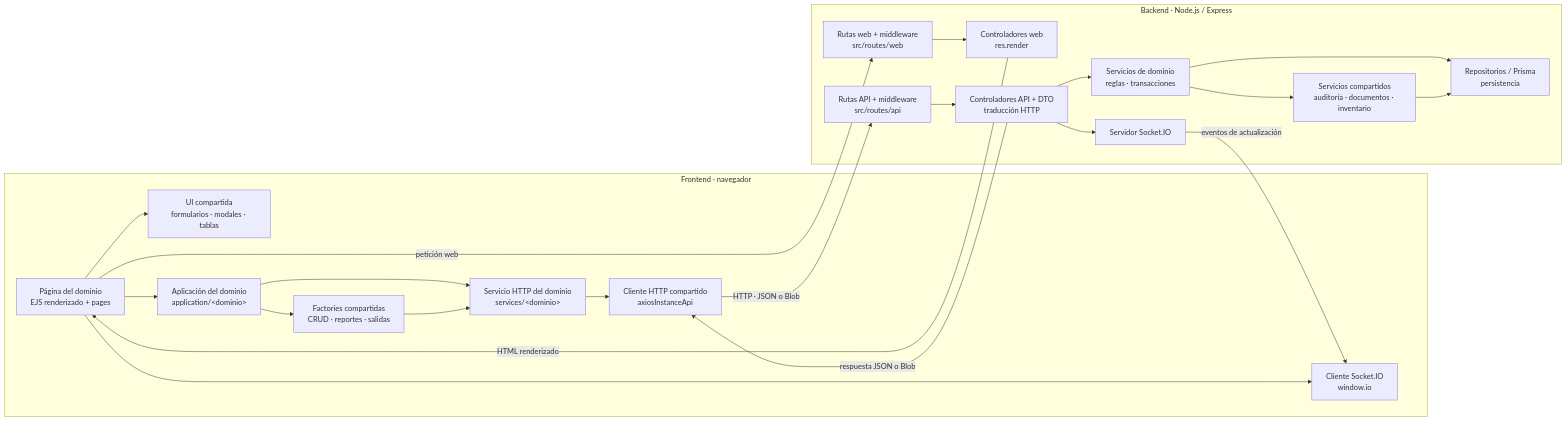
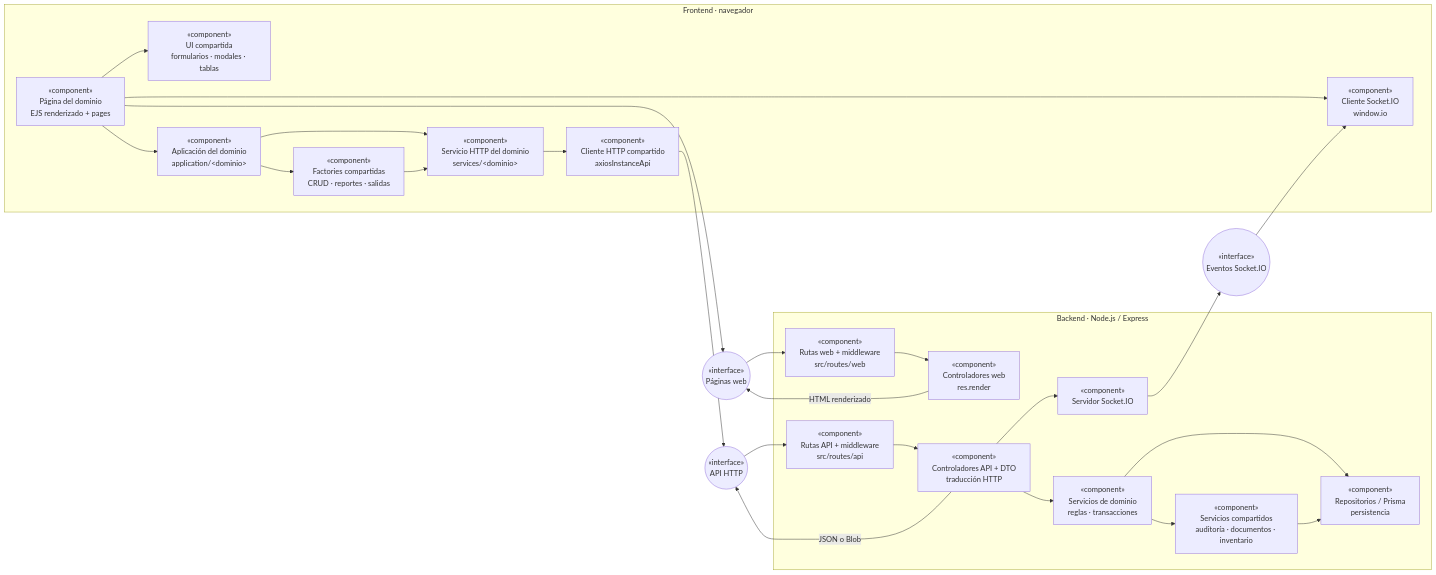
One commit to gpgsistemas01/nexus changed the first of 2 diagrams in docs/architecture/views/logical/01-components-and-reuse.md. Above: the diagram before and after it, drawn with Mermaid. The commit also changed other lines of this file and 2 other files, not shown here.

````diff
--- a/docs/architecture/views/logical/01-components-and-reuse.md
+++ b/docs/architecture/views/logical/01-components-and-reuse.md
@@ -16,45 +17,49 @@
 ```mermaid
 flowchart LR
     subgraph browser["Frontend · navegador"]
-        page["Página del dominio<br/>EJS renderizado + pages"]
-        ui["UI compartida<br/>formularios · modales · tablas"]
-        app["Aplicación del dominio<br/>application/&lt;dominio&gt;"]
-        factories["Factories compartidas<br/>CRUD · reportes · salidas"]
-        request["Servicio HTTP del dominio<br/>services/&lt;dominio&gt;"]
-        http["Cliente HTTP compartido<br/>axiosInstanceApi"]
-        socketClient["Cliente Socket.IO<br/>window.io"]
+        page["«component»<br/>Página del dominio<br/>EJS renderizado + pages"]
+        ui["«component»<br/>UI compartida<br/>formularios · modales · tablas"]
+        app["«component»<br/>Aplicación del dominio<br/>application/&lt;dominio&gt;"]
+        factories["«component»<br/>Factories compartidas<br/>CRUD · reportes · salidas"]
+        request["«component»<br/>Servicio HTTP del dominio<br/>services/&lt;dominio&gt;"]
+        http["«component»<br/>Cliente HTTP compartido<br/>axiosInstanceApi"]
+        socketClient["«component»<br/>Cliente Socket.IO<br/>window.io"]
 
         page --> ui
         page --> app
         app --> factories
         app --> request
         factories --> request
         request --> http
         page --> socketClient
     end
 
     subgraph server["Backend · Node.js / Express"]
-        webRoutes["Rutas web + middleware<br/>src/routes/web"]
-        webControllers["Controladores web<br/>res.render"]
-        apiRoutes["Rutas API + middleware<br/>src/routes/api"]
-        apiControllers["Controladores API + DTO<br/>traducción HTTP"]
-        services["Servicios de dominio<br/>reglas · transacciones"]
-        shared["Servicios compartidos<br/>auditoría · documentos · inventario"]
-        realtime["Servidor Socket.IO"]
-        repository["Repositorios / Prisma<br/>persistencia"]
+        webRoutes["«component»<br/>Rutas web + middleware<br/>src/routes/web"]
+        webControllers["«component»<br/>Controladores web<br/>res.render"]
+        apiRoutes["«component»<br/>Rutas API + middleware<br/>src/routes/api"]
+        apiControllers["«component»<br/>Controladores API + DTO<br/>traducción HTTP"]
+        services["«component»<br/>Servicios de dominio<br/>reglas · transacciones"]
+        shared["«component»<br/>Servicios compartidos<br/>auditoría · documentos · inventario"]
+        realtime["«component»<br/>Servidor Socket.IO"]
+        repository["«component»<br/>Repositorios / Prisma<br/>persistencia"]
 
         webRoutes --> webControllers
         apiRoutes --> apiControllers
         apiControllers --> services
         services --> shared
         services --> repository
         shared --> repository
         apiControllers --> realtime
     end
 
-    page -->|"petición web"| webRoutes
-    webControllers -->|"HTML renderizado"| page
-    http -->|"HTTP · JSON o Blob"| apiRoutes
-    apiControllers -->|"respuesta JSON o Blob"| http
-    realtime -->|"eventos de actualización"| socketClient
+    webInterface(("«interface»<br/>Páginas web"))
+    apiInterface(("«interface»<br/>API HTTP"))
+    eventInterface(("«interface»<br/>Eventos Socket.IO"))
+
+    page --> webInterface --> webRoutes
+    webControllers -->|"HTML renderizado"| webInterface
+    http --> apiInterface --> apiRoutes
+    apiControllers -->|"JSON o Blob"| apiInterface
+    realtime --> eventInterface --> socketClient
 ```
````
